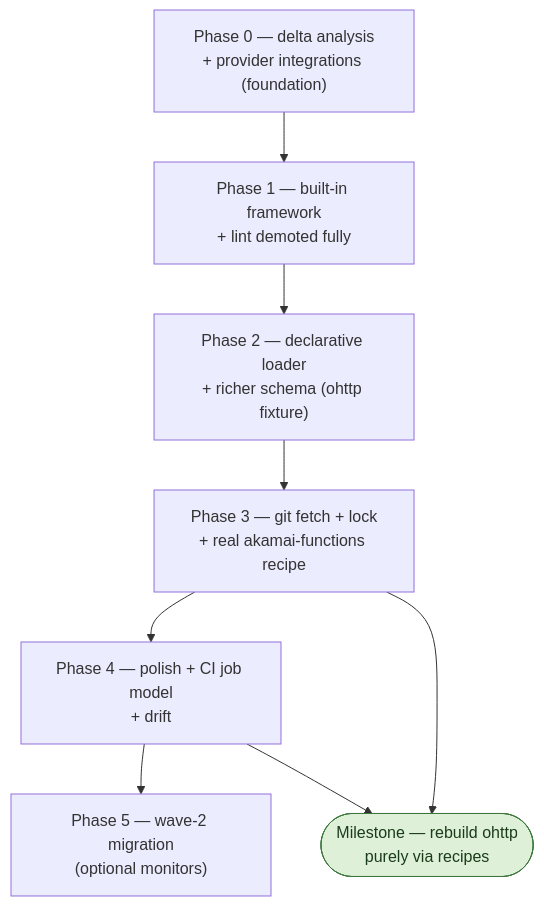
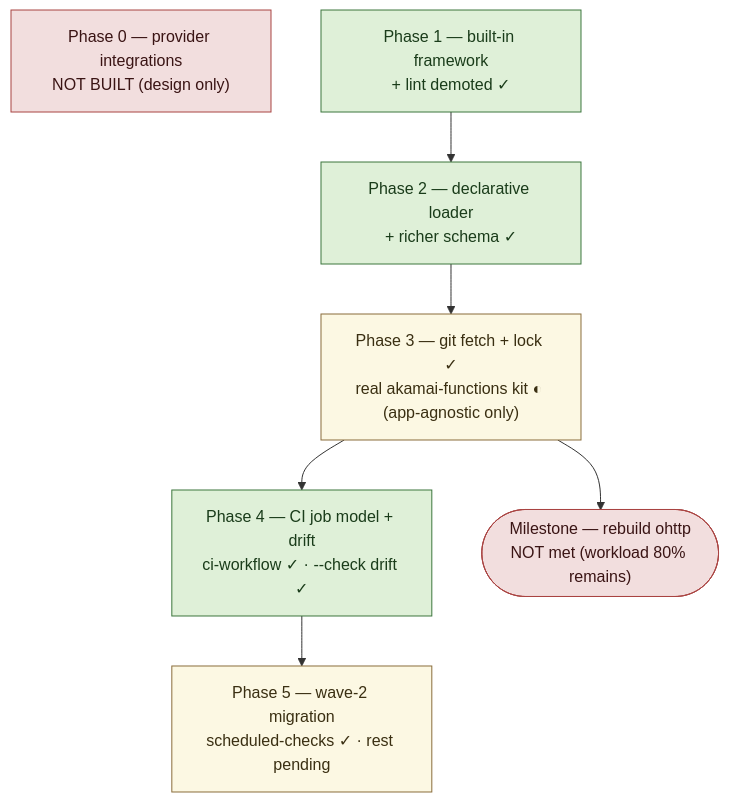
Before and after one commit to akamai-consulting/lke-landing-zone: diagram 14 of 14 in docs/architecture/recipes.md, drawn with Mermaid. The commit also changed other lines of this file and 21 other files, not shown here.

First line of the commit message:
feat(llz): explicit stage: universal for cross-cutting extensions (schema v3)

````diff
--- a/docs/architecture/recipes.md
+++ b/docs/architecture/recipes.md
@@ -1236,15 +934,15 @@
 ```mermaid
 flowchart TD
-  P0["Phase 0 — delta analysis<br/>+ provider integrations (foundation)"]
-  P1["Phase 1 — built-in framework<br/>+ lint demoted fully"]
-  P2["Phase 2 — declarative loader<br/>+ richer schema (ohttp fixture)"]
-  P3["Phase 3 — git fetch + lock<br/>+ real akamai-functions recipe"]
-  P4["Phase 4 — polish + CI job model<br/>+ drift"]
-  P5["Phase 5 — wave-2 migration<br/>(optional monitors)"]
-  M(["Milestone — rebuild ohttp<br/>purely via recipes"])
-  P0 --> P1 --> P2 --> P3 --> P4 --> P5
+  P0["Phase 0 — provider integrations<br/>NOT BUILT (design only)"]:::todo
+  P1["Phase 1 — built-in framework<br/>+ lint demoted ✓"]:::done
+  P2["Phase 2 — declarative loader<br/>+ richer schema ✓"]:::done
+  P3["Phase 3 — git fetch + lock ✓<br/>real akamai-functions kit ◐ (app-agnostic only)"]:::part
+  P4["Phase 4 — CI job model + drift<br/>ci-workflow ✓ · --check drift ✓"]:::done
+  P5["Phase 5 — wave-2 migration<br/>scheduled-checks ✓ · rest pending"]:::part
+  M(["Milestone — rebuild ohttp<br/>NOT met (workload 80% remains)"]):::todo
+  P1 --> P2 --> P3 --> P4 --> P5
   P3 --> M
-  P4 --> M
-  class M milestone
-  classDef milestone fill:#dff0d8,stroke:#3c763d,color:#1a3c1a
+  classDef done fill:#dff0d8,stroke:#3c763d,color:#1a3c1a;
+  classDef part fill:#fcf8e3,stroke:#8a6d3b,color:#3a2f12;
+  classDef todo fill:#f2dede,stroke:#a94442,color:#3a1414;
 ```
````
